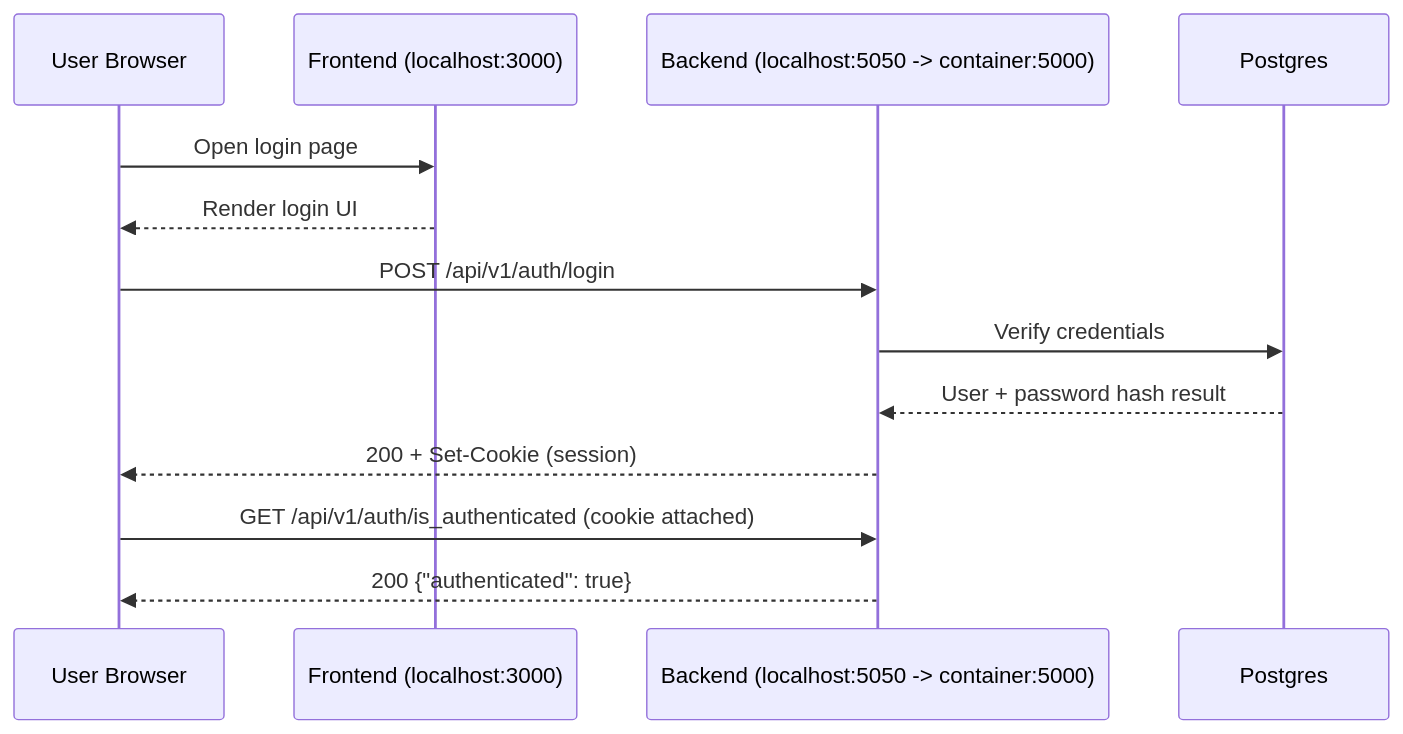
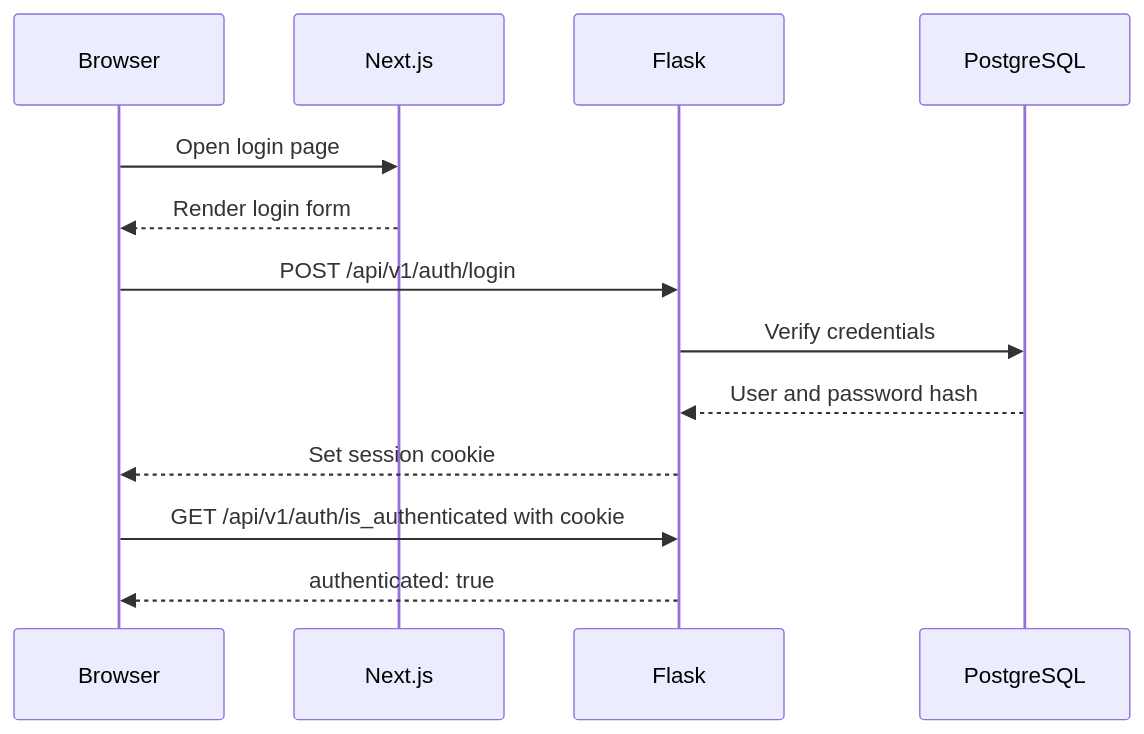
The third of 3 diagrams in docs/ARCHITECTURE.md (jeffreymutethia/Seattle-Pulse), drawn with Mermaid before and after one commit. The commit also changed other lines of this file and 15 other files, not shown here.

````diff
--- a/docs/ARCHITECTURE.md
+++ b/docs/ARCHITECTURE.md
@@ -35,16 +61,16 @@
 ```mermaid
 sequenceDiagram
-    participant U as User Browser
-    participant FE as Frontend (localhost:3000)
-    participant BE as Backend (localhost:5050 -> container:5000)
-    participant DB as Postgres
+    participant B as Browser
+    participant FE as Next.js
+    participant API as Flask
+    participant DB as PostgreSQL
 
-    U->>FE: Open login page
-    FE-->>U: Render login UI
-    U->>BE: POST /api/v1/auth/login
-    BE->>DB: Verify credentials
-    DB-->>BE: User + password hash result
-    BE-->>U: 200 + Set-Cookie (session)
-    U->>BE: GET /api/v1/auth/is_authenticated (cookie attached)
-    BE-->>U: 200 {"authenticated": true}
+    B->>FE: Open login page
+    FE-->>B: Render login form
+    B->>API: POST /api/v1/auth/login
+    API->>DB: Verify credentials
+    DB-->>API: User and password hash
+    API-->>B: Set session cookie
+    B->>API: GET /api/v1/auth/is_authenticated with cookie
+    API-->>B: authenticated: true
 ```
````
